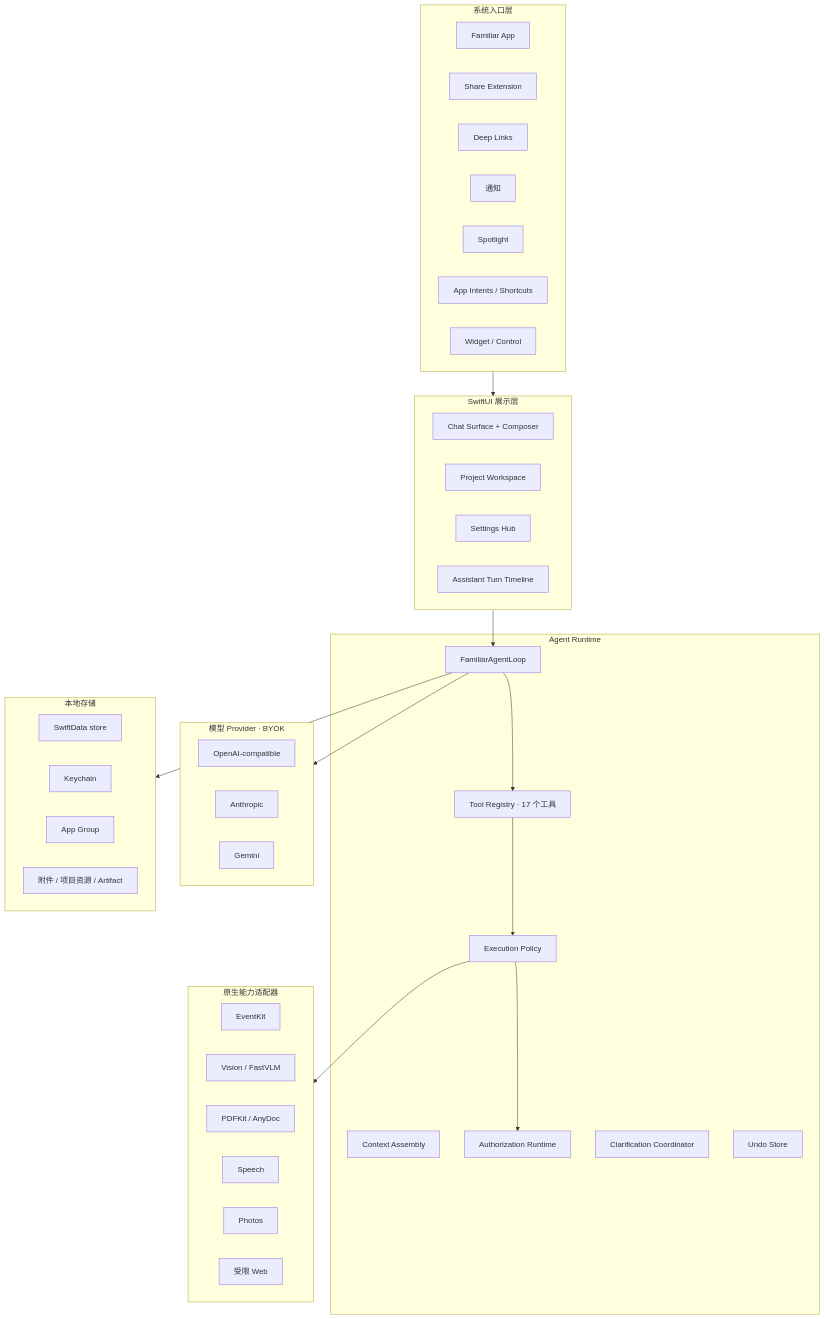
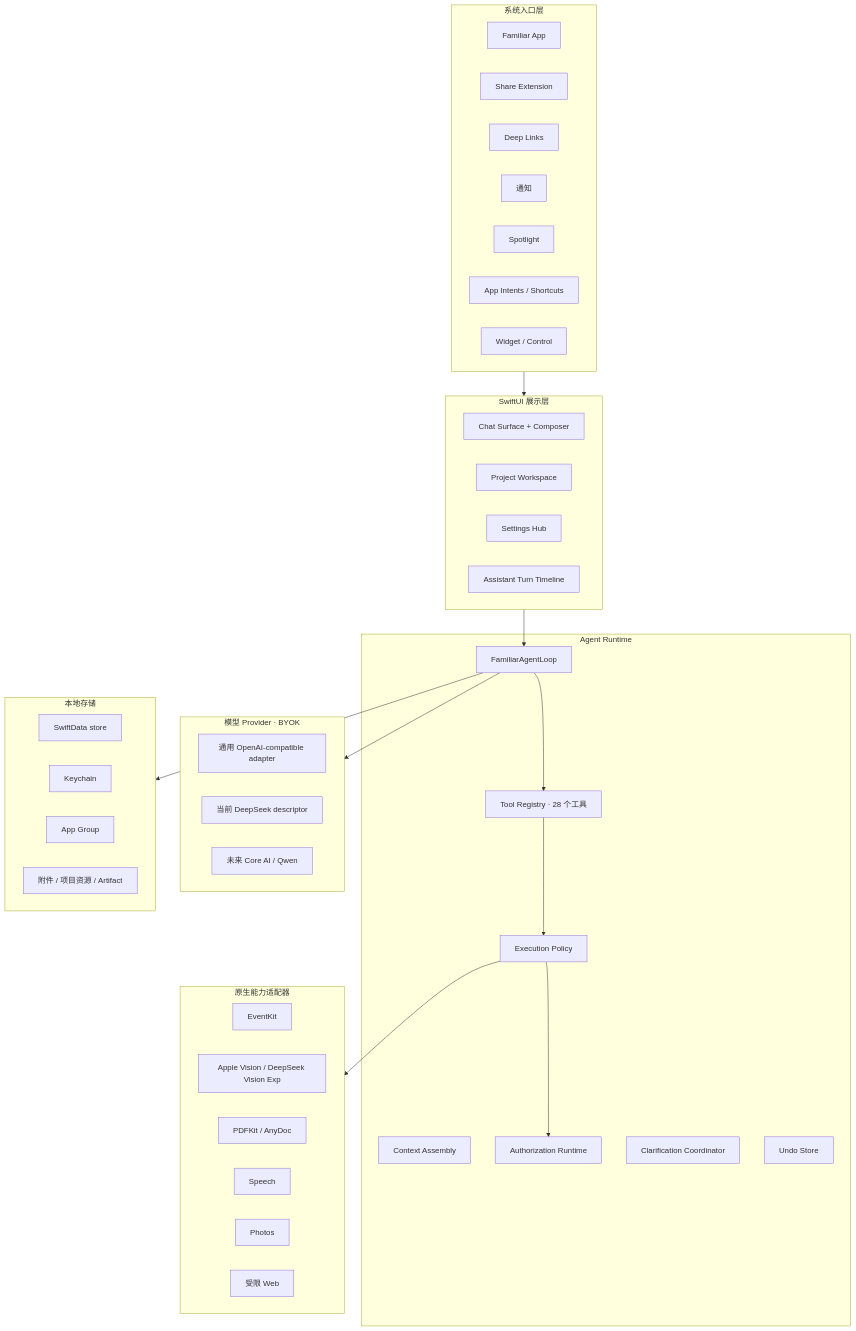
The first of 2 diagrams in README.zh-CN.md (IsaacHuo/Familiar), drawn with Mermaid before and after one commit. The commit also changed other lines of this file and 68 other files, not shown here.

Commit message:
feat: converge DeepSeek release path and native runtime

````diff
--- a/README.zh-CN.md
+++ b/README.zh-CN.md
@@ -75,65 +75,65 @@
 ```mermaid
 flowchart TB
     subgraph Entry["系统入口层"]
         direction LR
         App[Familiar App]
         Share[Share Extension]
         Links[Deep Links]
         Notify[通知]
         Spotlight[Spotlight]
         Intents[App Intents / Shortcuts]
         Widget[Widget / Control]
     end
 
     subgraph UI["SwiftUI 展示层"]
         direction LR
         Chat[Chat Surface + Composer]
         Projects[Project Workspace]
         Settings[Settings Hub]
         Timeline[Assistant Turn Timeline]
     end
 
     subgraph Runtime["Agent Runtime"]
         Loop[FamiliarAgentLoop]
         Assembly[Context Assembly]
-        Registry[Tool Registry · 17 个工具]
+        Registry[Tool Registry · 28 个工具]
         Policy[Execution Policy]
         Auth[Authorization Runtime]
         Clarify[Clarification Coordinator]
         Undo[Undo Store]
     end
 
     subgraph Models["模型 Provider · BYOK"]
         direction LR
-        OpenAI[OpenAI-compatible]
-        Anthropic[Anthropic]
-        Gemini[Gemini]
+        Provider[通用 OpenAI-compatible adapter]
+        DeepSeek[当前 DeepSeek descriptor]
+        CoreAI[未来 Core AI / Qwen]
     end
 
     subgraph Native["原生能力适配器"]
         direction LR
         EventKit[EventKit]
-        Vision[Vision / FastVLM]
+        Vision[Apple Vision / DeepSeek Vision Exp]
         Docs[PDFKit / AnyDoc]
         Speech[Speech]
         Photos[Photos]
         Web[受限 Web]
     end
 
     subgraph Store["本地存储"]
         direction LR
         SwiftData[SwiftData store]
         Keychain[Keychain]
         Group[App Group]
         Files[附件 / 项目资源 / Artifact]
     end
 
     Entry --> UI
     UI --> Loop
     Loop --> Models
     Loop --> Registry
     Registry --> Policy
     Policy --> Auth
     Policy --> Native
     Loop --> Store
 ```
````
